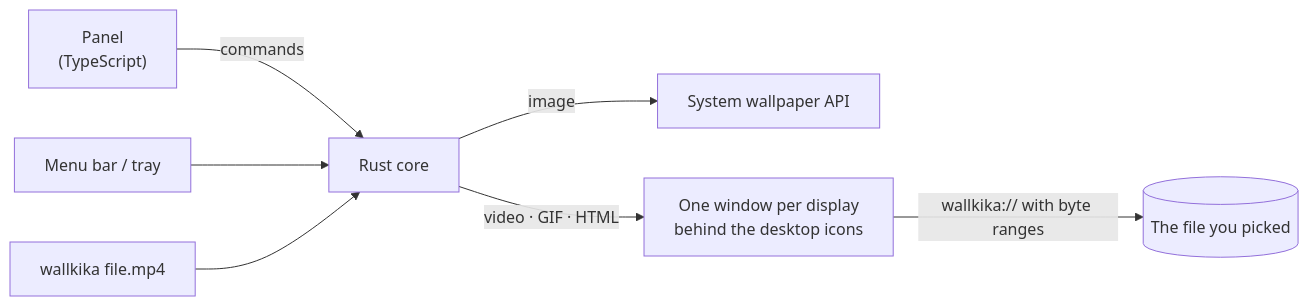
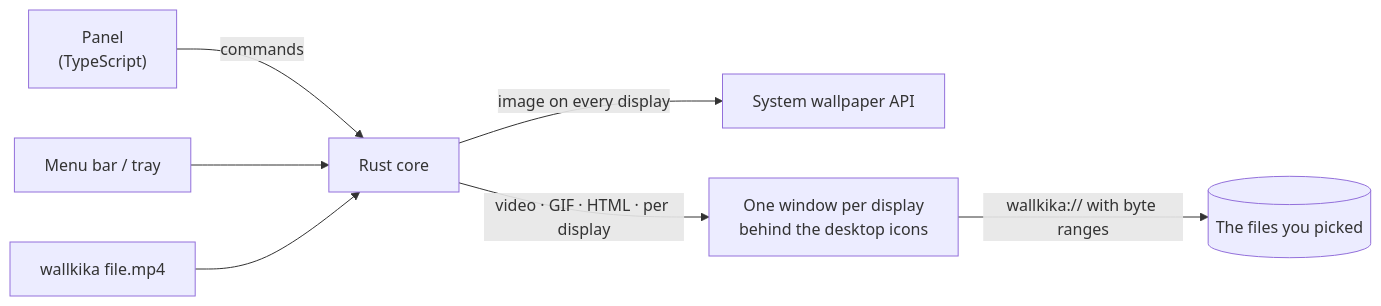
Before and after one commit to cristiandjr/wallkika: the diagram in README.md, drawn with Mermaid. The commit also changed other lines of this file and 26 other files, not shown here.

Commit message:
Add per-display wallpapers, background mode, About panel and new-version notice (v0.2.0)

````diff
--- a/README.md
+++ b/README.md
@@ -70,9 +92,9 @@
 ```mermaid
 flowchart LR
     Panel["Panel<br/>(TypeScript)"] -->|commands| Engine
     Tray["Menu bar / tray"] --> Engine
     CLI["wallkika file.mp4"] --> Engine
-    Engine["Rust core"] -->|image| Native["System wallpaper API"]
-    Engine -->|"video · GIF · HTML"| Live["One window per display<br/>behind the desktop icons"]
-    Live -->|"wallkika:// with byte ranges"| Files[("The file you picked")]
+    Engine["Rust core"] -->|"image on every display"| Native["System wallpaper API"]
+    Engine -->|"video · GIF · HTML · per display"| Live["One window per display<br/>behind the desktop icons"]
+    Live -->|"wallkika:// with byte ranges"| Files[("The files you picked")]
 ```
````
